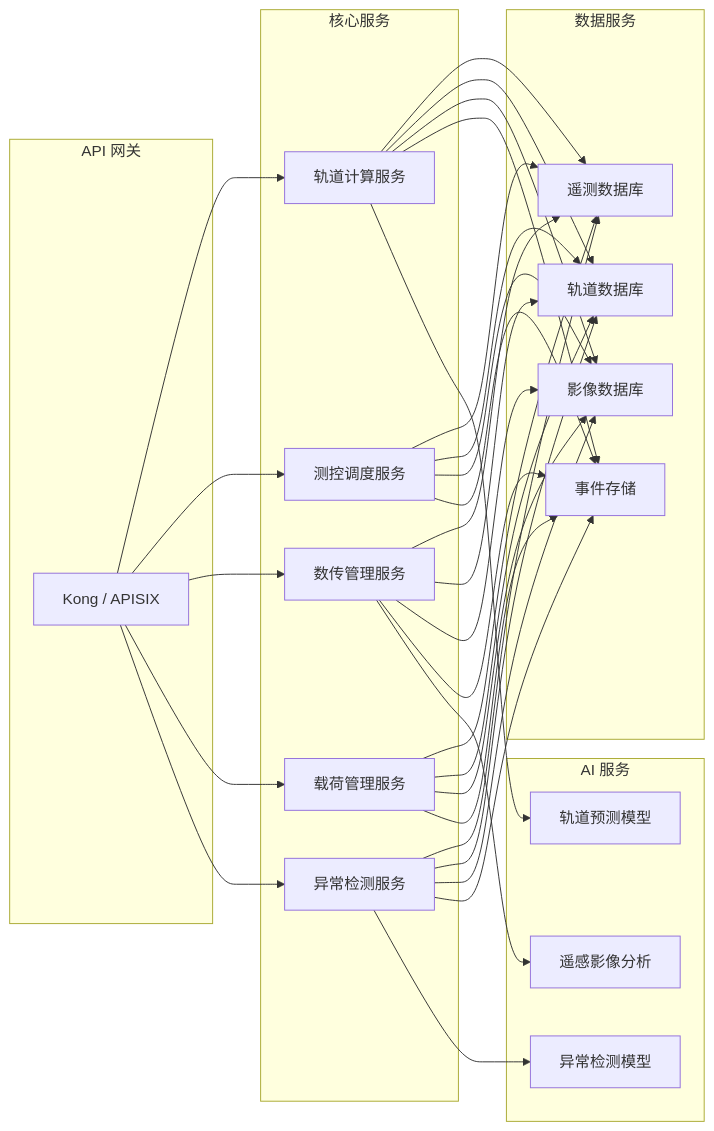
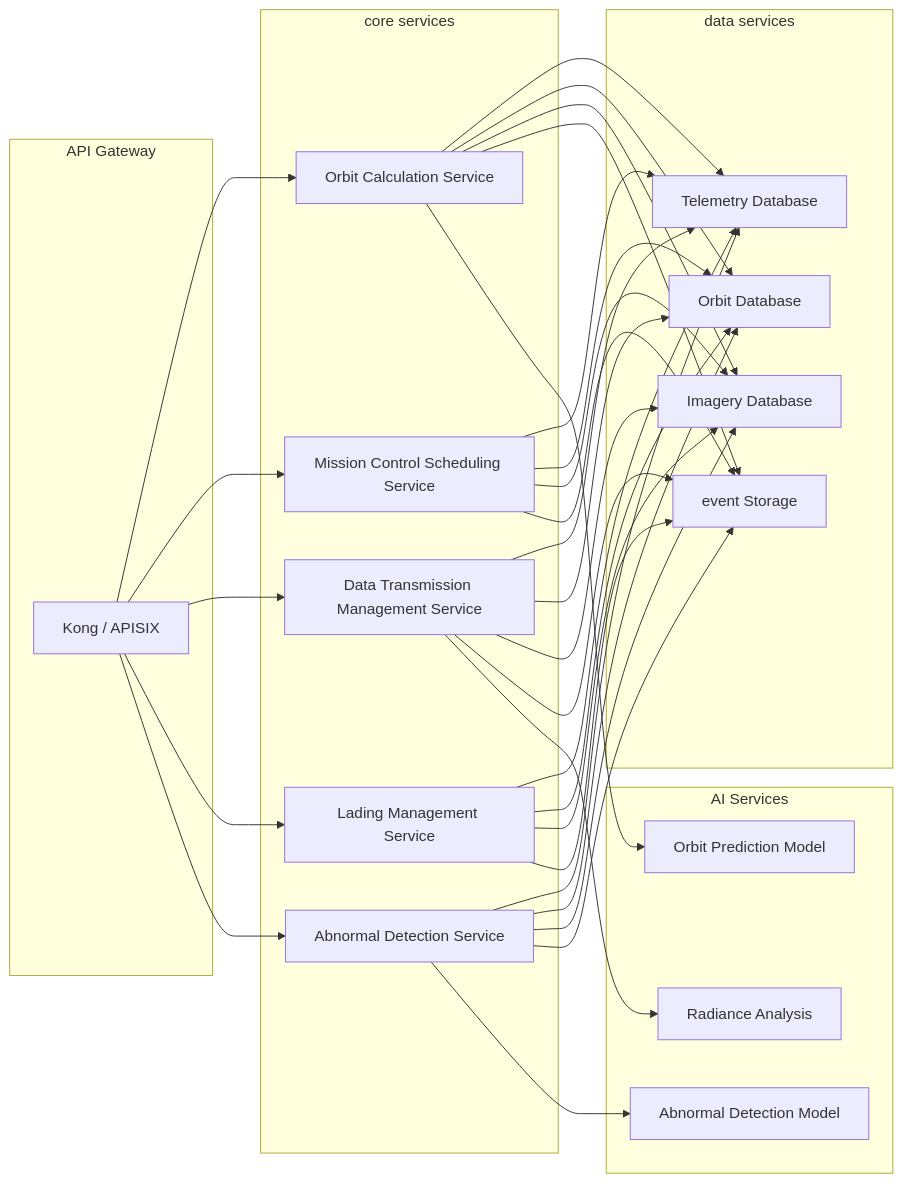
Before and after one commit to teaglebuilt/knowledge-tree: the second of 4 diagrams in tree/application/architecture/space-internet.md, drawn with Mermaid. The commit also changed other lines of this file and 7 other files, not shown here.

````diff
--- a/tree/application/architecture/space-internet.md
+++ b/tree/application/architecture/space-internet.md
@@ -173,33 +173,33 @@
 ```mermaid
 graph LR
-    subgraph API 网关
+    subgraph API Gateway
         GW[Kong / APISIX]
     end
 
-    subgraph 核心服务
-        S1[轨道计算服务]
-        S2[测控调度服务]
-        S3[数传管理服务]
-        S4[载荷管理服务]
-        S5[异常检测服务]
+    subgraph core services
+        S1[Orbit Calculation Service]
+        S2[Mission Control Scheduling Service]
+        S3[Data Transmission Management Service]
+        S4[Lading Management Service]
+        S5[Abnormal Detection Service]
     end
 
-    subgraph 数据服务
-        D1[遥测数据库]
-        D2[轨道数据库]
-        D3[影像数据库]
-        D4[事件存储]
+    subgraph data services
+        D1[Telemetry Database]
+        D2[Orbit Database]
+        D3[Imagery Database]
+        D4[event Storage]
     end
 
-    subgraph AI 服务
-        A1[轨道预测模型]
-        A2[异常检测模型]
-        A3[遥感影像分析]
+    subgraph AI Services
+        A1[Orbit Prediction Model]
+        A2[Abnormal Detection Model]
+        A3[Radiance Analysis]
     end
 
     GW --> S1 & S2 & S3 & S4 & S5
     S1 & S2 & S3 & S4 & S5 --> D1 & D2 & D3 & D4
     S1 --> A1
     S5 --> A2
     S3 --> A3
 ```
````
